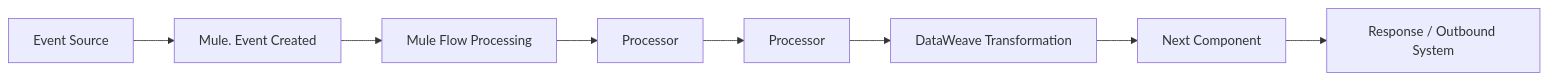
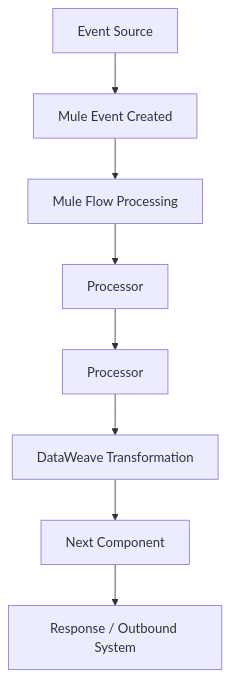
Before and after one commit to sasa73d/antora-productdock: the diagram in docs-en/modules/ROOT/pages/5_how_mule_really_works_internal_mechanisms.adoc, drawn with Mermaid. The commit also changed other lines of this file and 1 other file, not shown here.

```diff
--- a/docs-en/modules/ROOT/pages/5_how_mule_really_works_internal_mechanisms.adoc
+++ b/docs-en/modules/ROOT/pages/5_how_mule_really_works_internal_mechanisms.adoc
@@ -7,11 +7,20 @@
 [mermaid,mule-runtime-internal-flow,svg]
 ....
-flowchart LR
-    Source["Event Source"] --> Event["Mule.  Event Created"]
-    Event --> Flow["Mule Flow Processing"]
-    Flow --> Processor1["Processor"]
-    Processor1 --> Processor2["Processor"]
-    Processor2 --> Transform["DataWeave Transformation"]
-    Transform --> Next["Next Component"]
-    Next --> Response["Response / Outbound System"]
+flowchart TD
+    Source["Event Source"]
+    Event["Mule Event Created"]
+    Flow["Mule Flow Processing"]
+    Processor1["Processor"]
+    Processor2["Processor"]
+    Transform["DataWeave Transformation"]
+    Next["Next Component"]
+    Response["Response / Outbound System"]
+
+    Source --> Event
+    Event --> Flow
+    Flow --> Processor1
+    Processor1 --> Processor2
+    Processor2 --> Transform
+    Transform --> Next
+    Next --> Response
 ....
```
